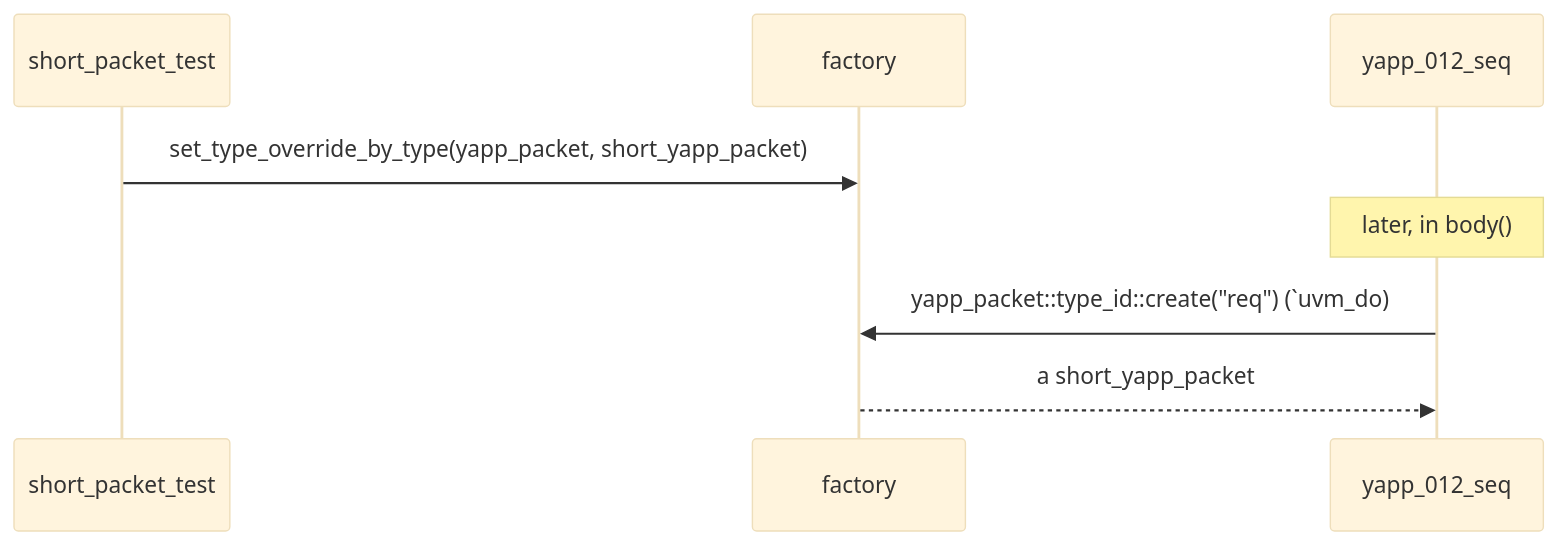
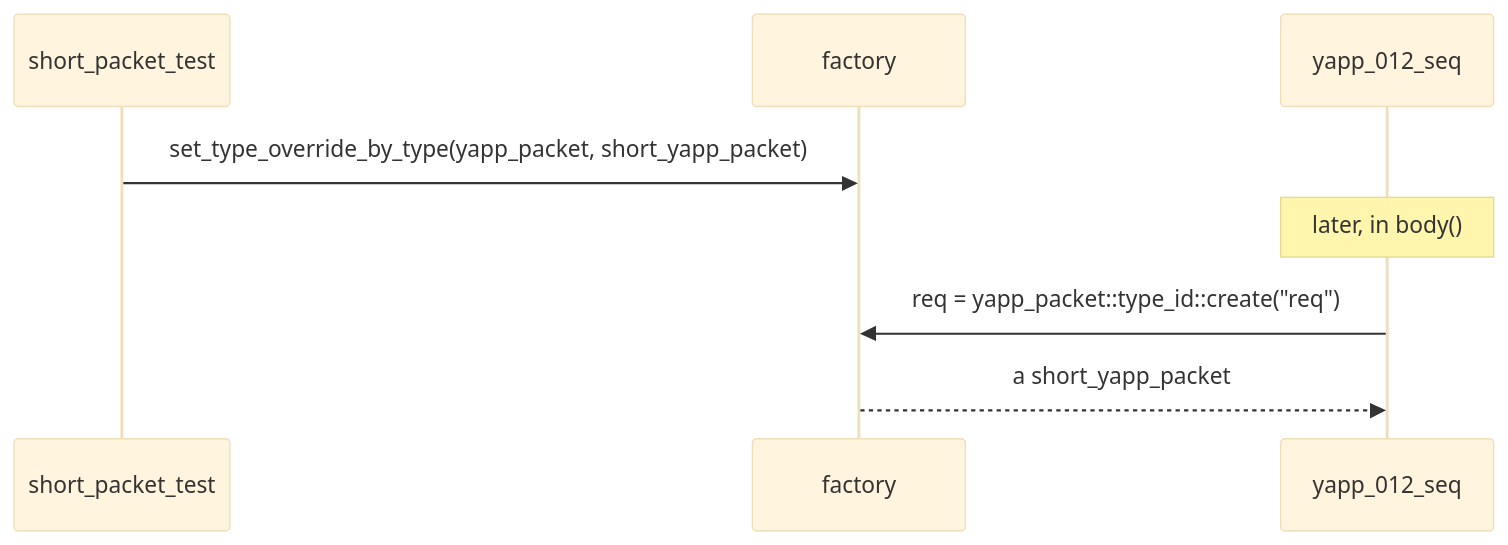
One commit to tamirgabgab/Qcom-Mentoring changed the diagram in docs/uvm/factory-config.md. Above: the diagram before and after it, drawn with Mermaid (base theme). The commit also changed other lines of this file and 34 other files, not shown here.

First line of the commit message:
Docs: yapp_project tree, extern style, explicit sequences and field methods

````diff
--- a/docs/uvm/factory-config.md
+++ b/docs/uvm/factory-config.md
@@ -12,10 +12,10 @@
 ```mermaid
 sequenceDiagram
     participant T as short_packet_test
     participant F as factory
     participant S as yapp_012_seq
     T->>F: set_type_override_by_type(yapp_packet, short_yapp_packet)
     Note over S: later, in body()
-    S->>F: yapp_packet::type_id::create("req")   (`uvm_do)
+    S->>F: req = yapp_packet::type_id::create("req")
     F-->>S: a short_yapp_packet
 ```
````
